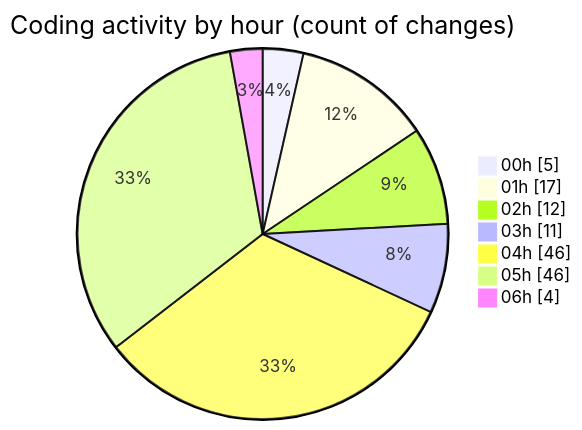
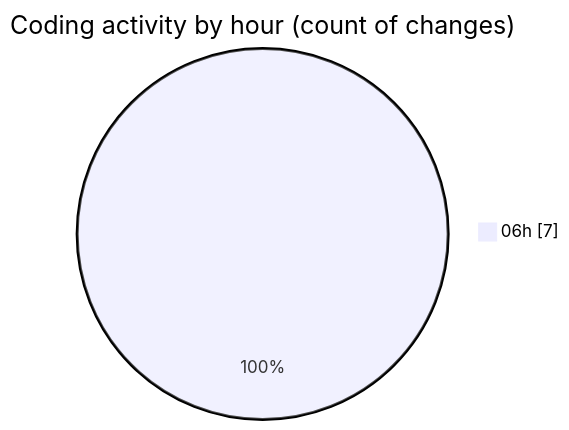
One commit to EIIisD/code-tracking changed the second of 2 diagrams in 2025-08-04/tw-server/README.md. Above: the diagram before and after it, drawn with Mermaid. The commit also changed other lines of this file and 1 other file, not shown here.

````diff
--- a/2025-08-04/tw-server/README.md
+++ b/2025-08-04/tw-server/README.md
@@ -38,11 +34,5 @@
 ```mermaid
 pie showData
 title Coding activity by hour (count of changes)
-"00h" : 5
-"01h" : 17
-"02h" : 12
-"03h" : 11
-"04h" : 46
-"05h" : 46
-"06h" : 4
+"06h" : 7
 ```
````
